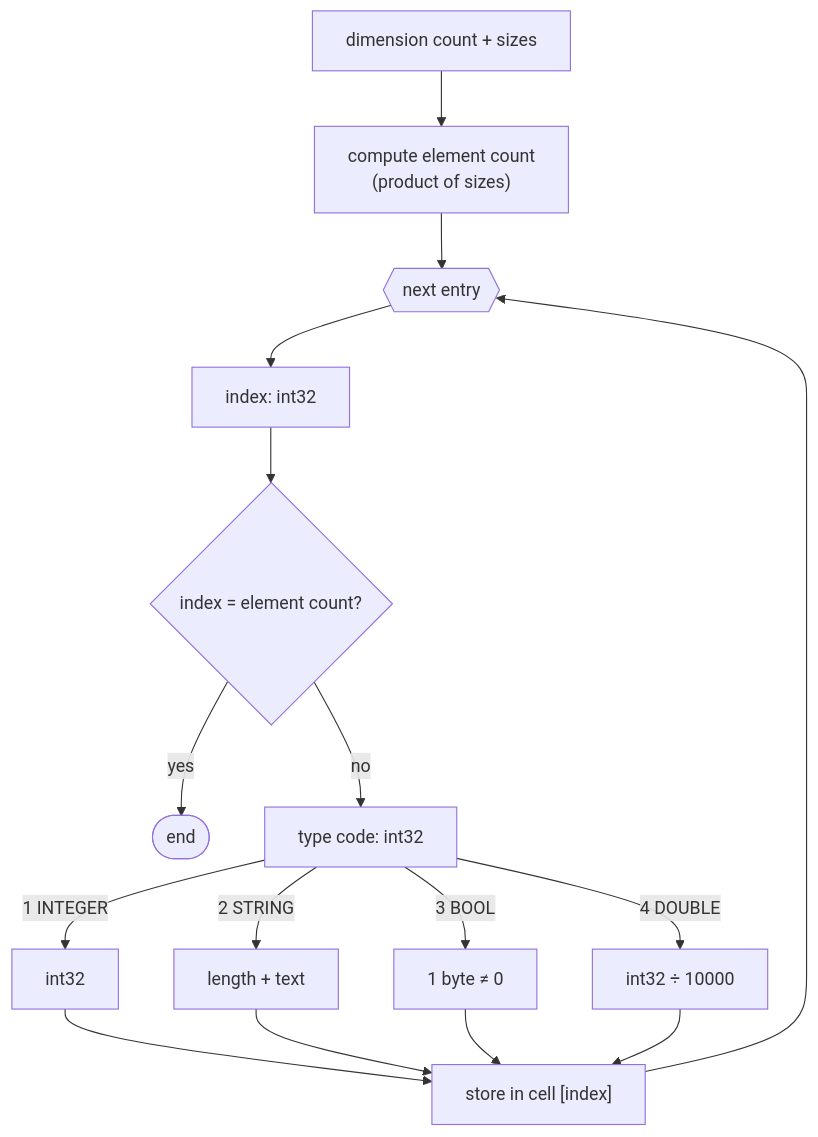
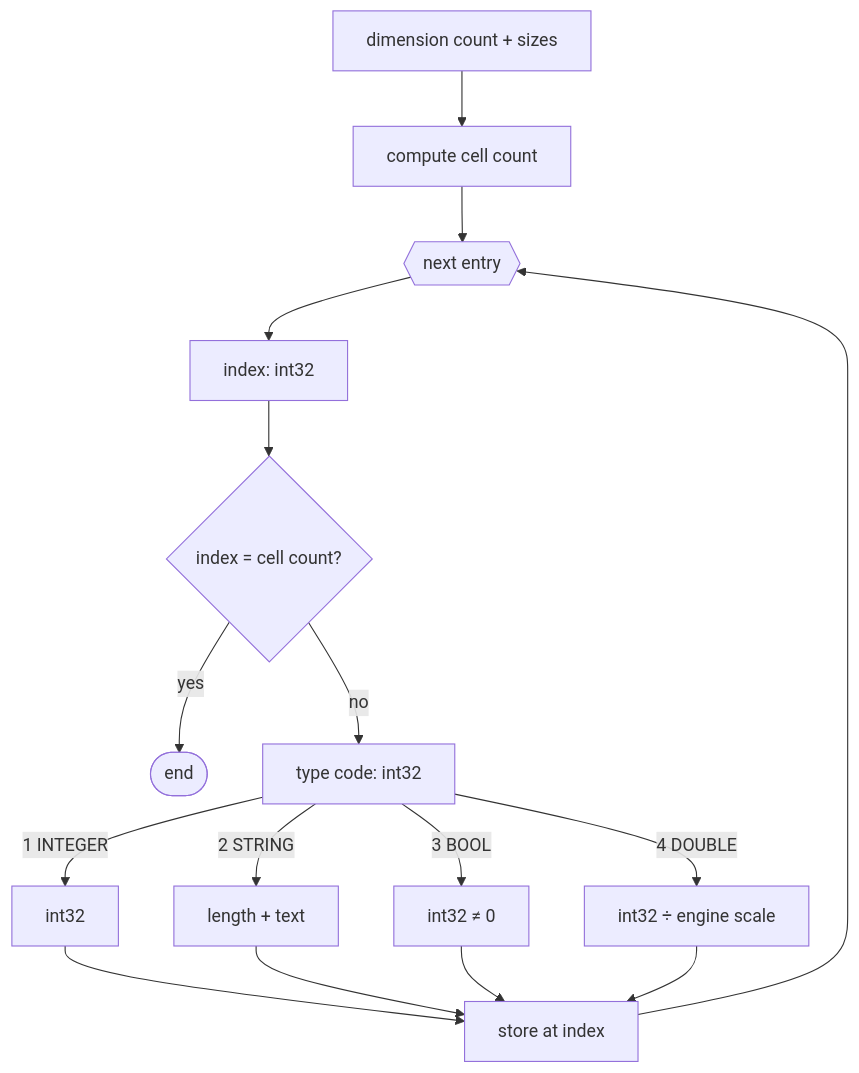
Before and after one commit to patryk025/Rex-EMoolator: the diagram in docs/en/formats/MAR.md, drawn with Mermaid. The commit also changed other lines of this file and 19 other files, not shown here.

````diff
--- a/docs/en/formats/MAR.md
+++ b/docs/en/formats/MAR.md
@@ -52,15 +44,15 @@
 ```mermaid
 flowchart TD
-    A["dimension count + sizes"] --> N["compute element count<br/>(product of sizes)"]
+    A["dimension count + sizes"] --> N["compute cell count"]
     N --> B{{next entry}}
     B --> I["index: int32"]
-    I --> T{index = element count?}
+    I --> T{index = cell count?}
     T -->|yes| Z([end])
     T -->|no| K["type code: int32"]
     K -->|1 INTEGER| D1["int32"]
     K -->|2 STRING| D2["length + text"]
-    K -->|3 BOOL| D3["1 byte ≠ 0"]
-    K -->|4 DOUBLE| D4["int32 ÷ 10000"]
-    D1 & D2 & D3 & D4 --> S["store in cell [index]"]
+    K -->|3 BOOL| D3["int32 ≠ 0"]
+    K -->|4 DOUBLE| D4["int32 ÷ engine scale"]
+    D1 & D2 & D3 & D4 --> S["store at index"]
     S --> B
 ```
````
